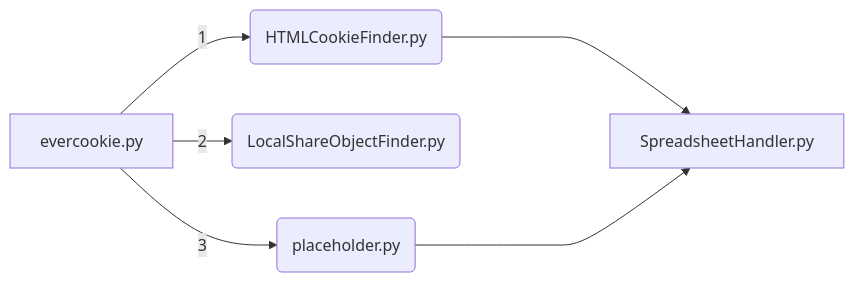
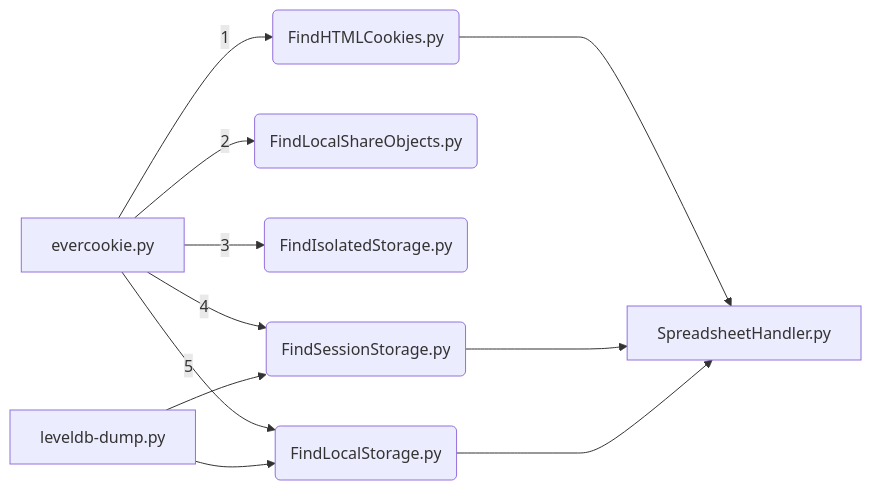
One commit to southwickIO/equable-destruction changed the diagram in README.md. Above: the diagram before and after it, drawn with Mermaid. The commit also changed other lines of this file and 5 other files, not shown here.

Commit message:
completed FindIsolatedStorage.py

````diff
--- a/README.md
+++ b/README.md
@@ -16,9 +19,17 @@
 ```mermaid
 graph LR
-A[evercookie.py] -- 1 --> B(HTMLCookieFinder.py)
-A[evercookie.py] -- 2 --> C(LocalShareObjectFinder.py)
-A[evercookie.py] -- 3 --> D(next.py)
+A[evercookie.py] -- 1 --> B(FindHTMLCookies.py)
+A[evercookie.py] -- 2 --> C(FindLocalShareObjects.py)
+A[evercookie.py] -- 3 --> D(FindIsolatedStorage.py)
+A[evercookie.py] -- 4 --> E(FindSessionStorage.py)
+A[evercookie.py] -- 5 --> F(FindLocalStorage.py)
 
-B(HTMLCookieFinder.py) ----> E[SpreadsheetHandler.py]
-D(placeholder.py) ----> E[SpreadsheetHandler.py]
+G[leveldb-dump.py] --> E(FindSessionStorage.py)
+G[leveldb-dump.py] --> F(FindLocalStorage.py)
+
+B(FindHTMLCookies.py) ----> H[SpreadsheetHandler.py]
+E(FindSessionStorage.py) ----> H[SpreadsheetHandler.py]
+F(FindLocalStorage.py) ----> H[SpreadsheetHandler.py]
+
+
 ```
````
